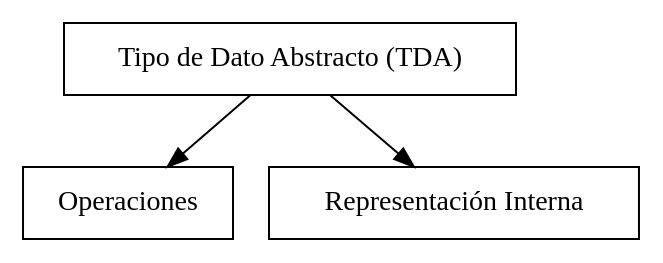
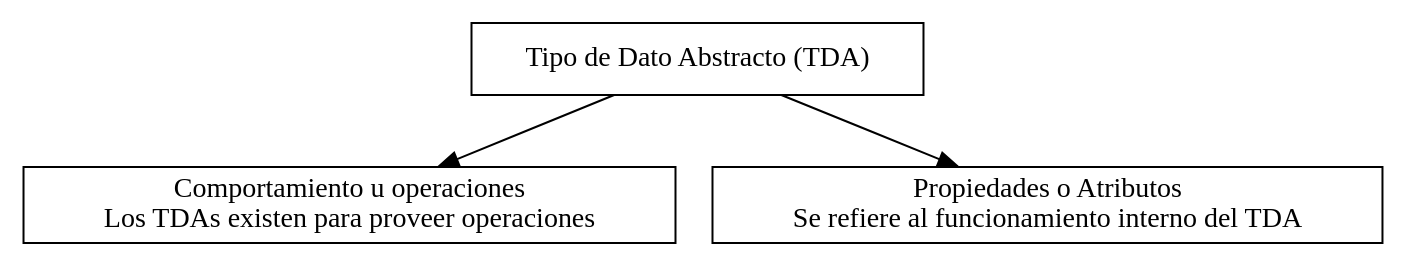
One commit to CDIAFIEC/FAQs changed the diagram in docs/source/temas/01.tiposdedatos.rst. Above: the diagram before and after it, drawn with Graphviz. The commit also changed other lines of this file, not shown here.

```diff
--- a/docs/source/temas/01.tiposdedatos.rst
+++ b/docs/source/temas/01.tiposdedatos.rst
@@ -181,14 +184,15 @@
 .. graphviz::
     :caption: Composición de un TDA
     :alt: Gráfico con la composición de un TDA
     :align: center
 
-    digraph "tda-composition" {
+    digraph {
         node [shape=box];
+        
         TDA [label="Tipo de Dato Abstracto (TDA)"];
-        operaciones [label="Operaciones"];
-        representacion [label="Representación Interna"];
+        operaciones [label="Comportamiento u operaciones \nLos TDAs existen para proveer operaciones" tooltip="Los TDAs existen para proveer operaciones" ];
+        representacion [label="Propiedades o Atributos \nSe refiere al funcionamiento interno del TDA" tooltip="Se refiere al funcionamiento interno del TDA"];
 
         TDA -> operaciones;
         TDA -> representacion;
     }
```
